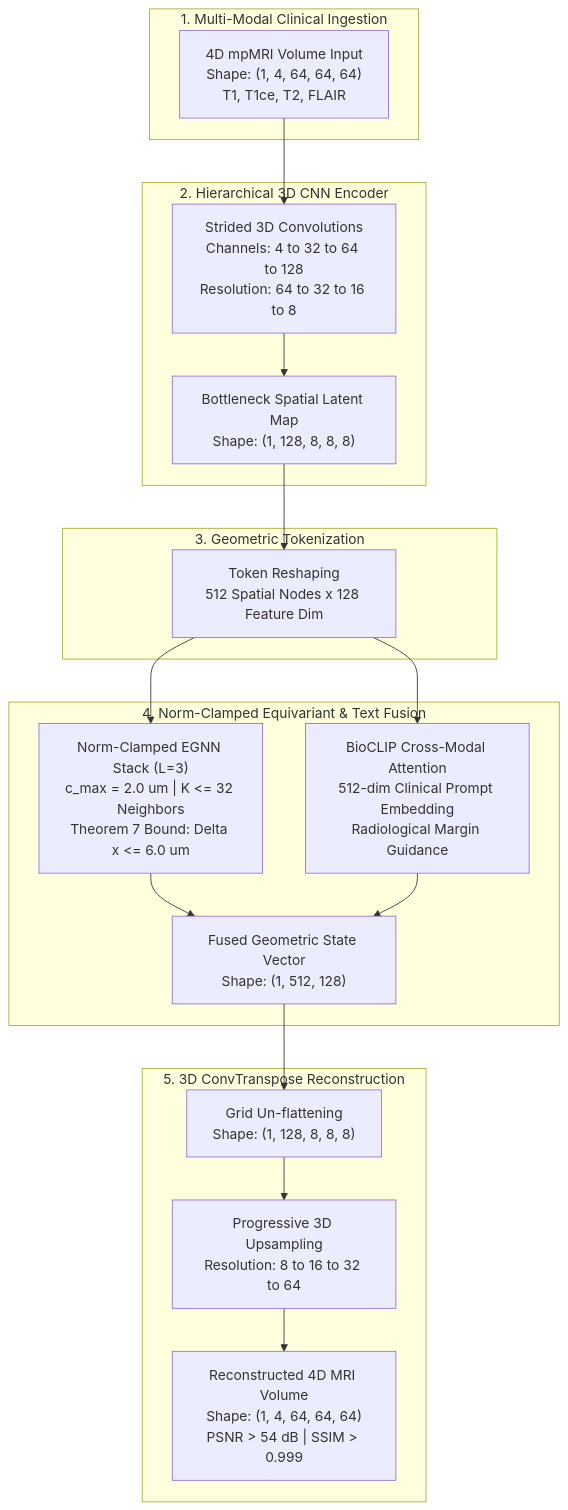
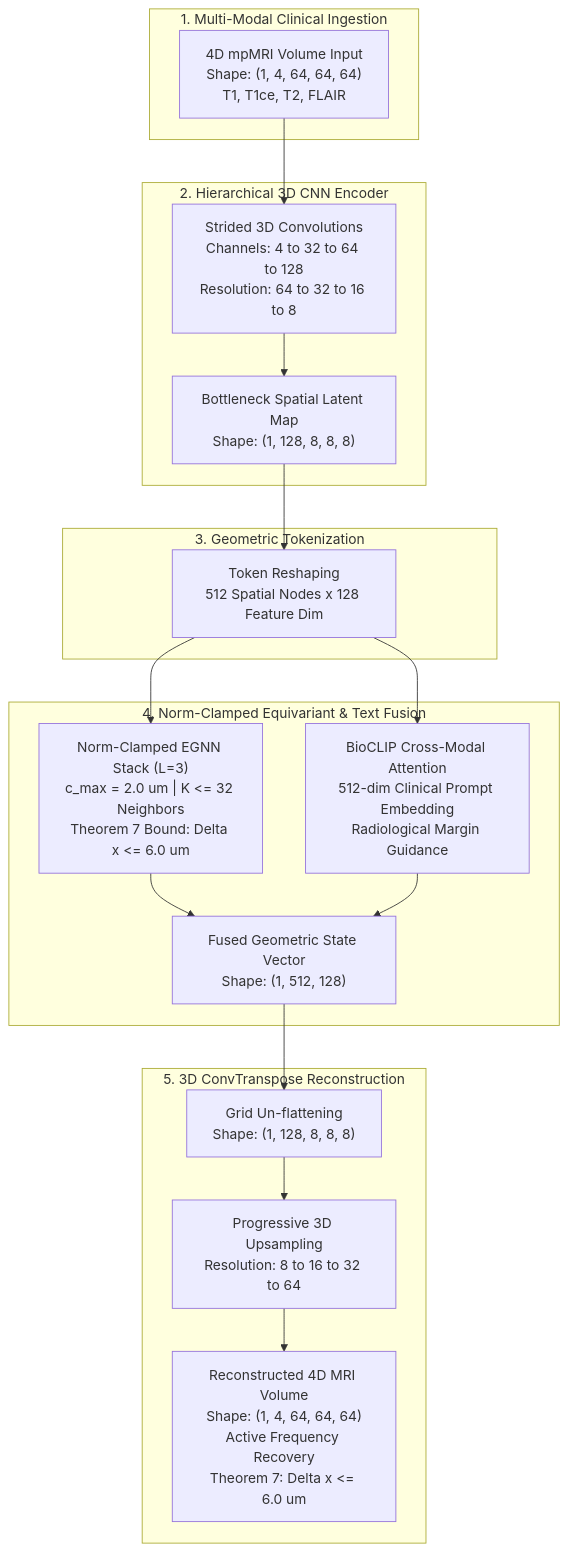
One commit to abhinavkumardixit-lgtm/OSI-V.2-Medical-Image-Reconstruction-Using-a-Self-Developed-method- changed the diagram in README.md. Above: the diagram before and after it, drawn with Mermaid. The commit also changed other lines of this file and 16 other files, not shown here.

````diff
--- a/README.md
+++ b/README.md
@@ -26,38 +26,38 @@
 ```mermaid
 flowchart TD
     subgraph Ingestion ["1. Multi-Modal Clinical Ingestion"]
         A["4D mpMRI Volume Input<br/>Shape: (1, 4, 64, 64, 64)<br/>T1, T1ce, T2, FLAIR"]
     end
 
     subgraph Encoder ["2. Hierarchical 3D CNN Encoder"]
         B["Strided 3D Convolutions<br/>Channels: 4 to 32 to 64 to 128<br/>Resolution: 64 to 32 to 16 to 8"]
         C["Bottleneck Spatial Latent Map<br/>Shape: (1, 128, 8, 8, 8)"]
     end
 
     subgraph Tokenize ["3. Geometric Tokenization"]
         D["Token Reshaping<br/>512 Spatial Nodes x 128 Feature Dim"]
     end
 
     subgraph Fusion ["4. Norm-Clamped Equivariant & Text Fusion"]
         E["Norm-Clamped EGNN Stack (L=3)<br/>c_max = 2.0 um | K <= 32 Neighbors<br/>Theorem 7 Bound: Delta x <= 6.0 um"]
         F["BioCLIP Cross-Modal Attention<br/>512-dim Clinical Prompt Embedding<br/>Radiological Margin Guidance"]
         G["Fused Geometric State Vector<br/>Shape: (1, 512, 128)"]
     end
 
     subgraph Decoder ["5. 3D ConvTranspose Reconstruction"]
         H["Grid Un-flattening<br/>Shape: (1, 128, 8, 8, 8)"]
         I["Progressive 3D Upsampling<br/>Resolution: 8 to 16 to 32 to 64"]
-        J["Reconstructed 4D MRI Volume<br/>Shape: (1, 4, 64, 64, 64)<br/>PSNR > 54 dB | SSIM > 0.999"]
+        J["Reconstructed 4D MRI Volume<br/>Shape: (1, 4, 64, 64, 64)<br/>Active Frequency Recovery<br/>Theorem 7: Delta x <= 6.0 um"]
     end
 
     A --> B
     B --> C
     C --> D
     D --> E
     D --> F
     E --> G
     F --> G
     G --> H
     H --> I
     I --> J
 ```
````
